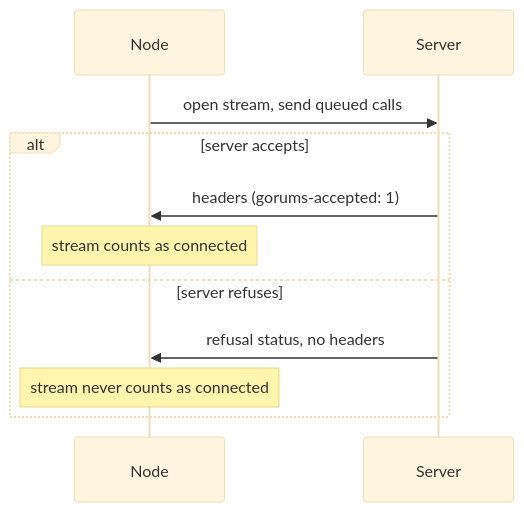
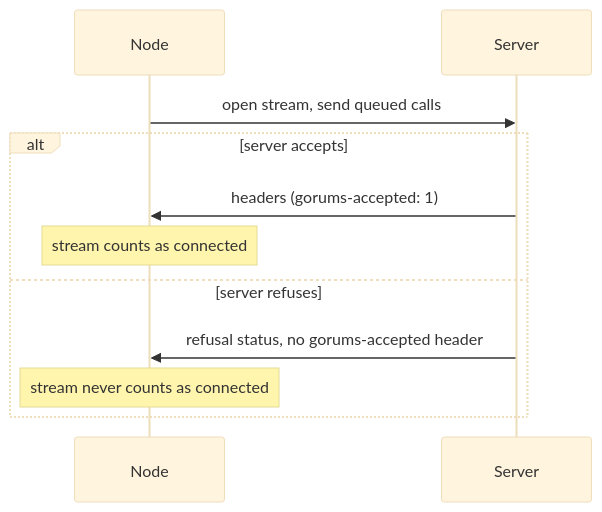
The fourth of 7 diagrams in doc/user-guide.md (relab/gorums), drawn with Mermaid (base theme) before and after one commit.

Commit message:
doc: show that a refused stream lacks only the acceptance header
The refused-streams diagram said that a refusal comes with no headers.
A server interceptor can send other headers before it refuses a
stream; only the gorums-accepted header is missing.

````diff
--- a/doc/user-guide.md
+++ b/doc/user-guide.md
@@ -1719,13 +1719,13 @@
 ```mermaid
 sequenceDiagram
     participant N as Node
     participant S as Server
     N->>S: open stream, send queued calls
     alt server accepts
         S->>N: headers (gorums-accepted: 1)
         Note over N: stream counts as connected
     else server refuses
-        S->>N: refusal status, no headers
+        S->>N: refusal status, no gorums-accepted header
         Note over N: stream never counts as connected
     end
 ```
````
